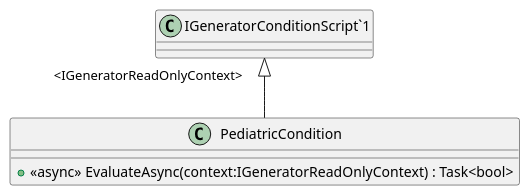
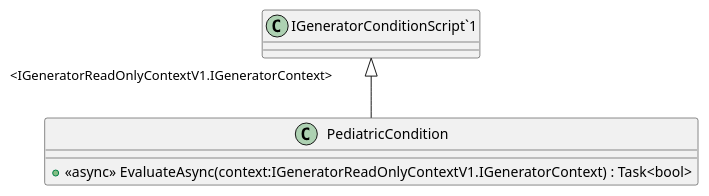
The diagram in diagrams/sandbox/src/Scripts/ConditionScripts/PediatricCondition.puml (conrad-gilles/Scripting-Proof-of-Concept), drawn with PlantUML before and after one commit. The commit also changed 19 other files, not shown here.

```diff
--- a/diagrams/sandbox/src/Scripts/ConditionScripts/PediatricCondition.puml
+++ b/diagrams/sandbox/src/Scripts/ConditionScripts/PediatricCondition.puml
@@ -1,6 +1,6 @@
 @startuml
 class PediatricCondition {
-    + <<async>> EvaluateAsync(context:IGeneratorReadOnlyContext) : Task<bool>
+    + <<async>> EvaluateAsync(context:IGeneratorReadOnlyContextV1.IGeneratorContext) : Task<bool>
 }
-"IGeneratorConditionScript`1" "<IGeneratorReadOnlyContext>" <|-- PediatricCondition
+"IGeneratorConditionScript`1" "<IGeneratorReadOnlyContextV1.IGeneratorContext>" <|-- PediatricCondition
 @enduml
```
